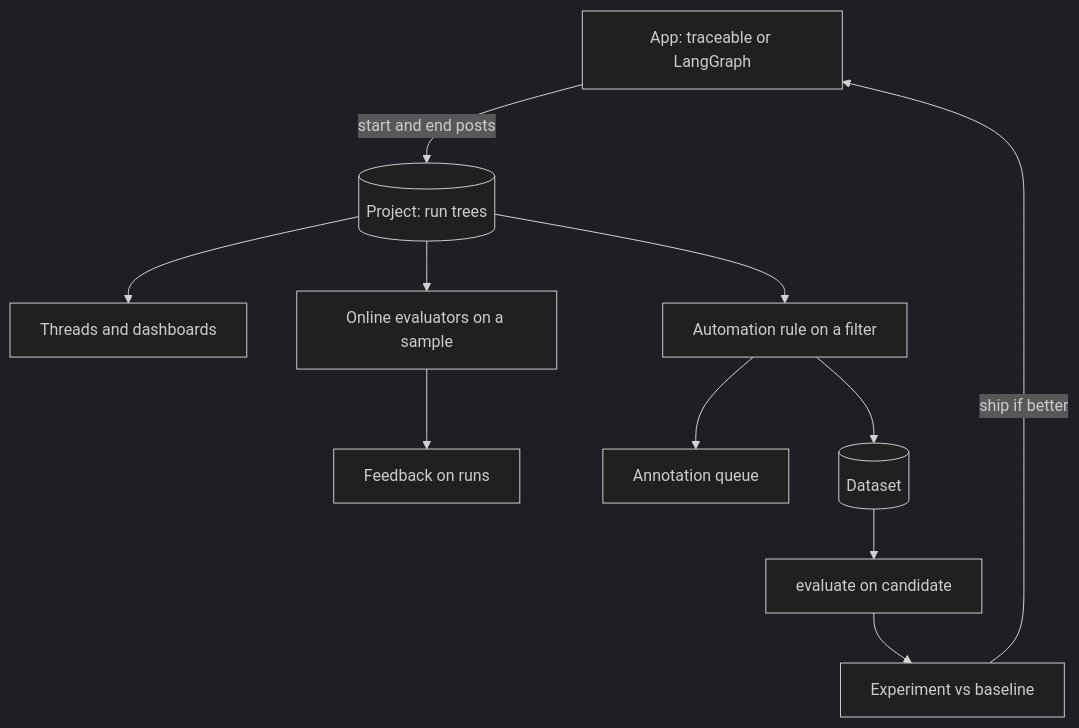
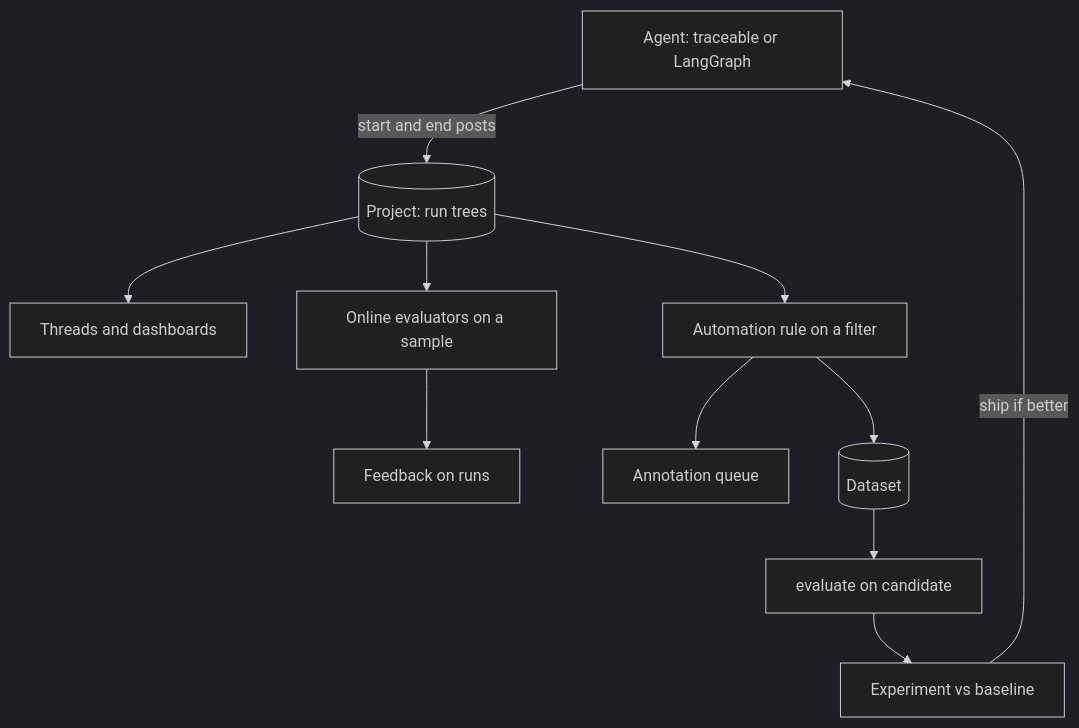
The diagram in content/observability/langsmith.md (lovishmahajan97/agentic-learning), drawn with Mermaid (dark theme) before and after one commit. The commit also changed other lines of this file and 348 other files, not shown here.

````diff
--- a/content/observability/langsmith.md
+++ b/content/observability/langsmith.md
@@ -130,13 +130,13 @@
 ```mermaid
 flowchart TD
-    APP["App: traceable or LangGraph"] -->|"start and end posts"| PJ[("Project: run trees")]
+    APP["Agent: traceable or LangGraph"] -->|"start and end posts"| PJ[("Project: run trees")]
     PJ --> TH["Threads and dashboards"]
     PJ --> OE["Online evaluators on a sample"]
     OE --> FB["Feedback on runs"]
     PJ --> AR["Automation rule on a filter"]
     AR --> AQ["Annotation queue"]
     AR --> DS[("Dataset")]
     DS --> EV["evaluate on candidate"]
     EV --> EXP["Experiment vs baseline"]
     EXP -->|"ship if better"| APP
 ```
````
